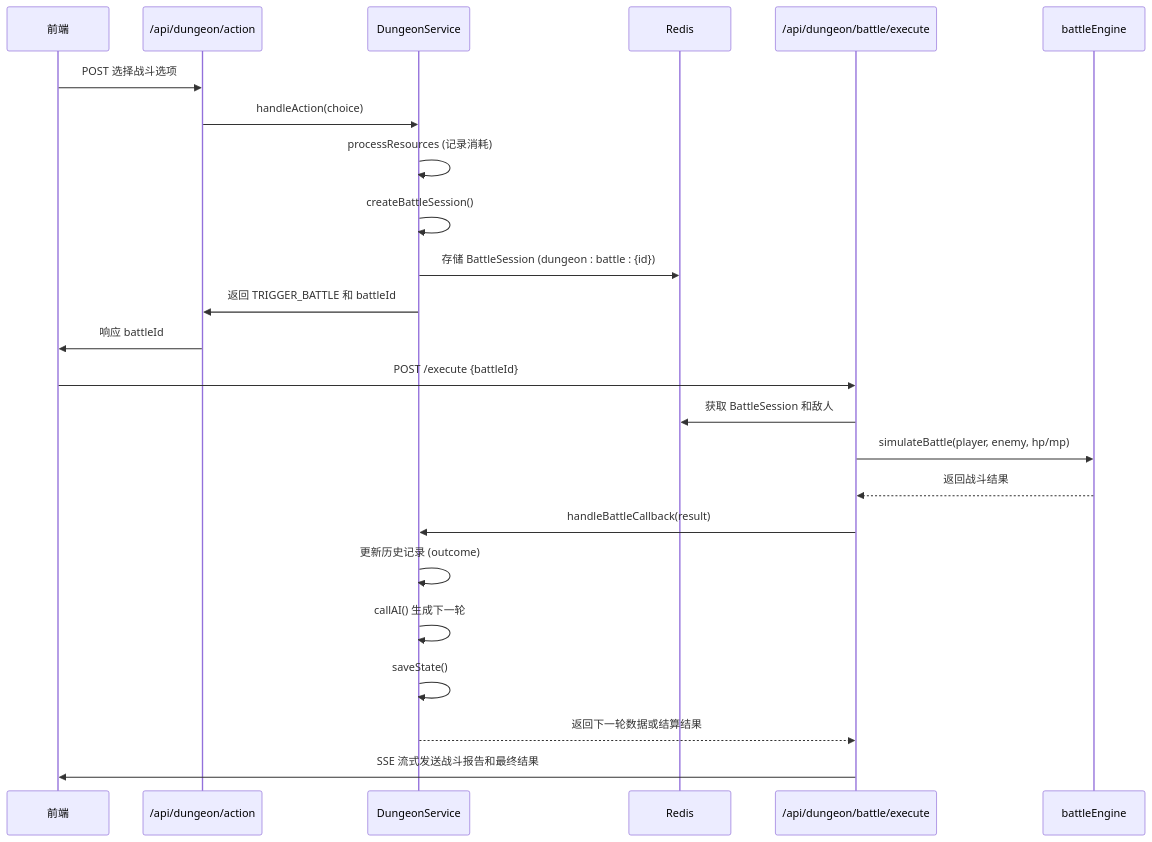
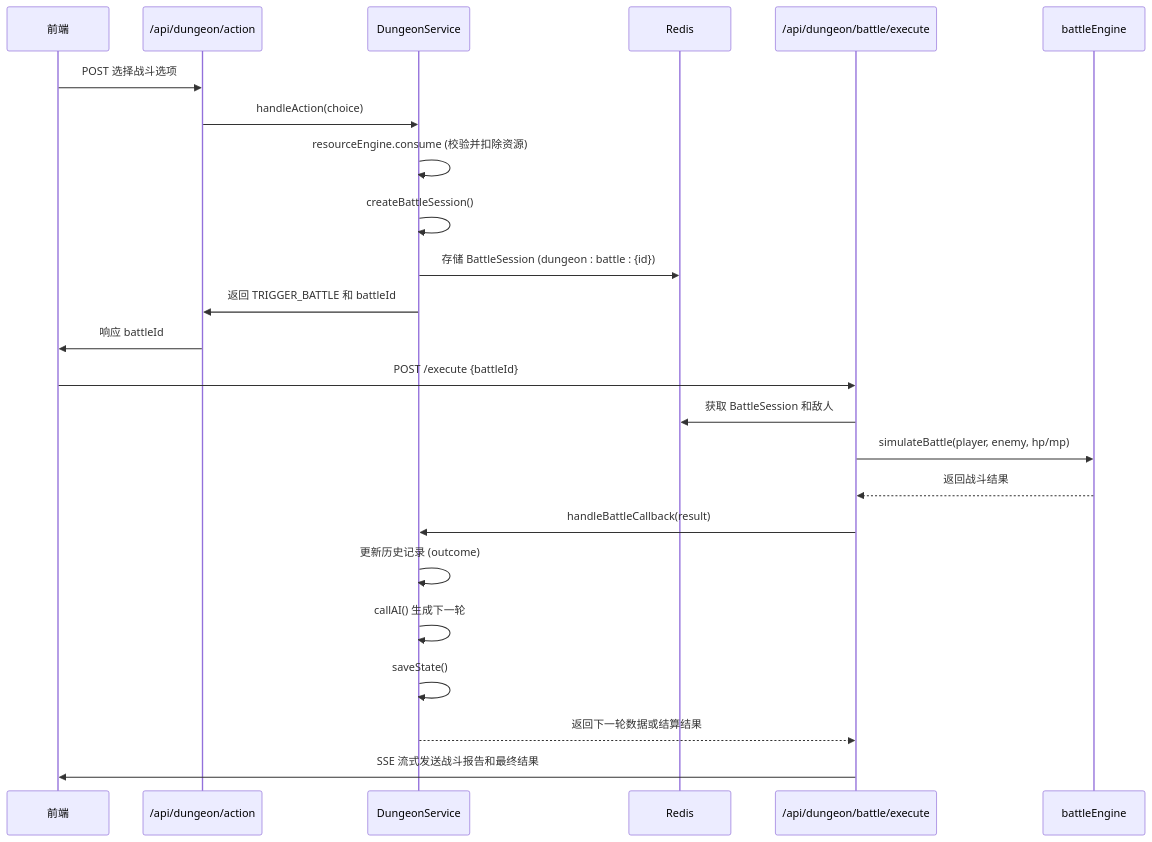
The first of 2 diagrams in .qoder/repowiki/zh/content/核心功能模块/探索系统/副本机制/副本机制.md (ChurchTao/Daoyou), drawn with Mermaid before and after one commit. The commit also changed other lines of this file and 9 other files, not shown here.

````diff
--- a/.qoder/repowiki/zh/content/核心功能模块/探索系统/副本机制/副本机制.md
+++ b/.qoder/repowiki/zh/content/核心功能模块/探索系统/副本机制/副本机制.md
@@ -146,26 +185,26 @@
 ```mermaid
 sequenceDiagram
 participant 前端 as 前端
 participant API as /api/dungeon/action
 participant 服务 as DungeonService
 participant Redis as Redis
 participant 战斗API as /api/dungeon/battle/execute
 participant 战斗引擎 as battleEngine
 前端->>API : POST 选择战斗选项
 API->>服务 : handleAction(choice)
-服务->>服务 : processResources (记录消耗)
+服务->>服务 : resourceEngine.consume (校验并扣除资源)
 服务->>服务 : createBattleSession()
 服务->>Redis : 存储 BattleSession (dungeon : battle : {id})
 服务->>API : 返回 TRIGGER_BATTLE 和 battleId
 API->>前端 : 响应 battleId
 前端->>战斗API : POST /execute {battleId}
 战斗API->>Redis : 获取 BattleSession 和敌人
 战斗API->>战斗引擎 : simulateBattle(player, enemy, hp/mp)
 战斗引擎-->>战斗API : 返回战斗结果
 战斗API->>服务 : handleBattleCallback(result)
 服务->>服务 : 更新历史记录 (outcome)
 服务->>服务 : callAI() 生成下一轮
 服务->>服务 : saveState()
 服务-->>战斗API : 返回下一轮数据或结算结果
 战斗API->>前端 : SSE 流式发送战斗报告和最终结果
 ```
````
